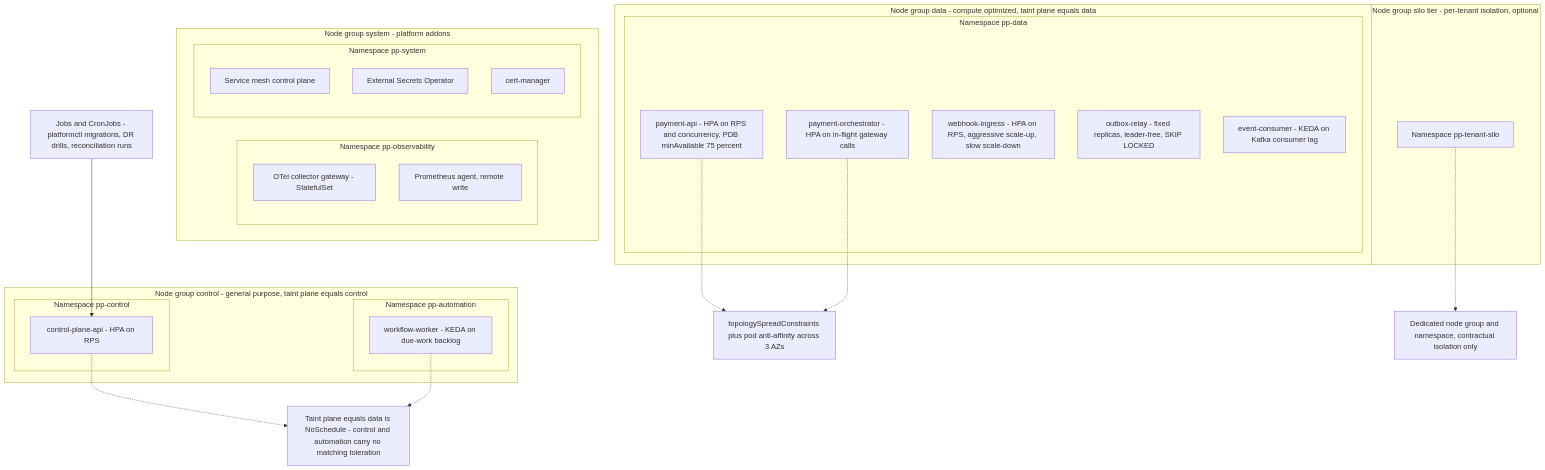
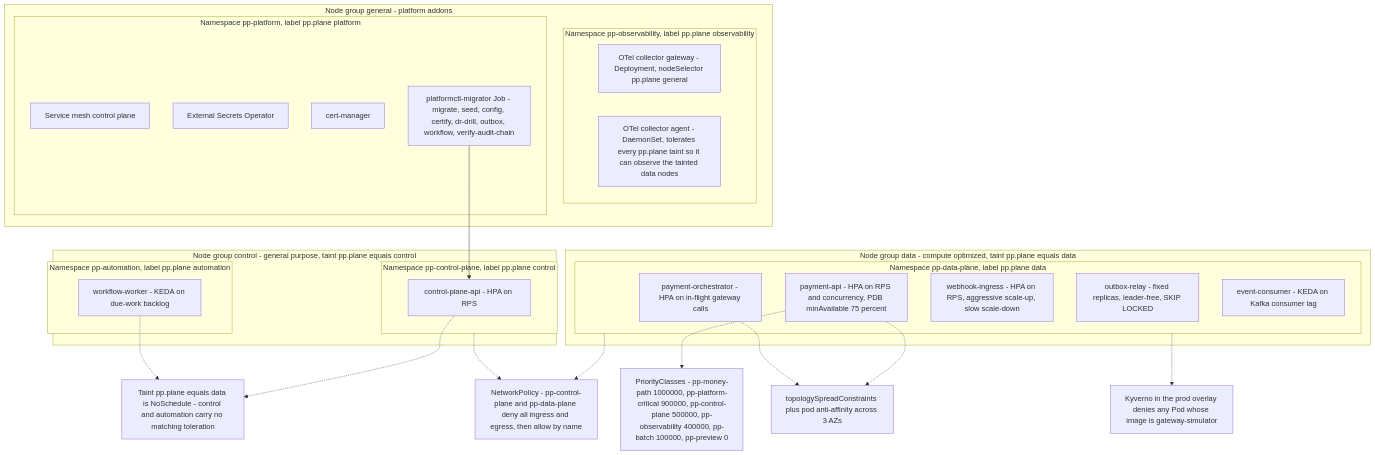
Before and after one commit to udaykishore-resu/payments-platform: the first of 2 diagrams in docs/diagrams/15-kubernetes-architecture.md, drawn with Mermaid. The commit also changed other lines of this file and 67 other files, not shown here.

````diff
--- a/docs/diagrams/15-kubernetes-architecture.md
+++ b/docs/diagrams/15-kubernetes-architecture.md
@@ -15,49 +19,50 @@
 ```mermaid
 flowchart TB
-  subgraph NGDATA["Node group data - compute optimized, taint plane equals data"]
-    subgraph NSDATA["Namespace pp-data"]
+  subgraph NGDATA["Node group data - compute optimized, taint pp.plane equals data"]
+    subgraph NSDATA["Namespace pp-data-plane, label pp.plane data"]
       PAPI["payment-api - HPA on RPS and concurrency, PDB minAvailable 75 percent"]
       PORC["payment-orchestrator - HPA on in-flight gateway calls"]
       WHIG["webhook-ingress - HPA on RPS, aggressive scale-up, slow scale-down"]
       ORLY["outbox-relay - fixed replicas, leader-free, SKIP LOCKED"]
       ECON["event-consumer - KEDA on Kafka consumer lag"]
     end
   end
 
-  subgraph NGCTL["Node group control - general purpose, taint plane equals control"]
-    subgraph NSCTL["Namespace pp-control"]
+  subgraph NGCTL["Node group control - general purpose, taint pp.plane equals control"]
+    subgraph NSCTL["Namespace pp-control-plane, label pp.plane control"]
       CPAPI["control-plane-api - HPA on RPS"]
     end
-    subgraph NSAUT["Namespace pp-automation"]
+    subgraph NSAUT["Namespace pp-automation, label pp.plane automation"]
       WFW["workflow-worker - KEDA on due-work backlog"]
     end
   end
 
-  subgraph NGSYS["Node group system - platform addons"]
-    subgraph NSOBS["Namespace pp-observability"]
-      OTELG["OTel collector gateway - StatefulSet"]
-      PROM["Prometheus agent, remote write"]
+  subgraph NGSYS["Node group general - platform addons"]
+    subgraph NSOBS["Namespace pp-observability, label pp.plane observability"]
+      OTELG["OTel collector gateway - Deployment, nodeSelector pp.plane general"]
+      OTELA["OTel collector agent - DaemonSet, tolerates every pp.plane taint so it can observe the tainted data nodes"]
     end
-    subgraph NSSYS["Namespace pp-system"]
+    subgraph NSSYS["Namespace pp-platform, label pp.plane platform"]
       MESH["Service mesh control plane"]
       ESO["External Secrets Operator"]
       CERTM["cert-manager"]
+      MIG["platformctl-migrator Job - migrate, seed, config, certify, dr-drill, outbox, workflow, verify-audit-chain"]
     end
   end
 
-  subgraph NGSILO["Node group silo tier - per-tenant isolation, optional"]
-    NSSILO["Namespace pp-tenant-silo"]
-  end
-
-  JOBS["Jobs and CronJobs - platformctl migrations, DR drills, reconciliation runs"]
   SPREAD["topologySpreadConstraints plus pod anti-affinity across 3 AZs"]
-  TAINT["Taint plane equals data is NoSchedule - control and automation carry no matching toleration"]
-  SILOP["Dedicated node group and namespace, contractual isolation only"]
+  TAINT["Taint pp.plane equals data is NoSchedule - control and automation carry no matching toleration"]
+  NETP["NetworkPolicy - pp-control-plane and pp-data-plane deny all ingress and egress, then allow by name"]
+  PRIO["PriorityClasses - pp-money-path 1000000, pp-platform-critical 900000, pp-control-plane 500000, pp-observability 400000, pp-batch 100000, pp-preview 0"]
+  DENY["Kyverno in the prod overlay denies any Pod whose image is gateway-simulator"]
 
   PAPI -.-> SPREAD
   PORC -.-> SPREAD
   CPAPI -.-> TAINT
   WFW -.-> TAINT
-  JOBS --> CPAPI
-  NSSILO -.-> SILOP
+  MIG --> CPAPI
+  NSDATA -.-> NETP
+  NSCTL -.-> NETP
+  PAPI -.-> PRIO
+  NSDATA -.-> DENY
 ```
````
